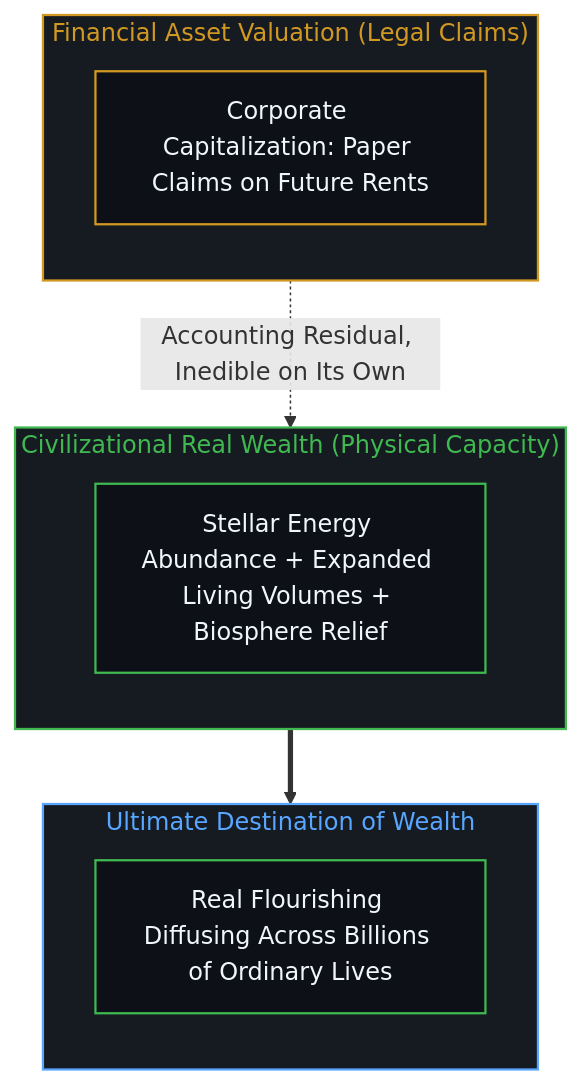
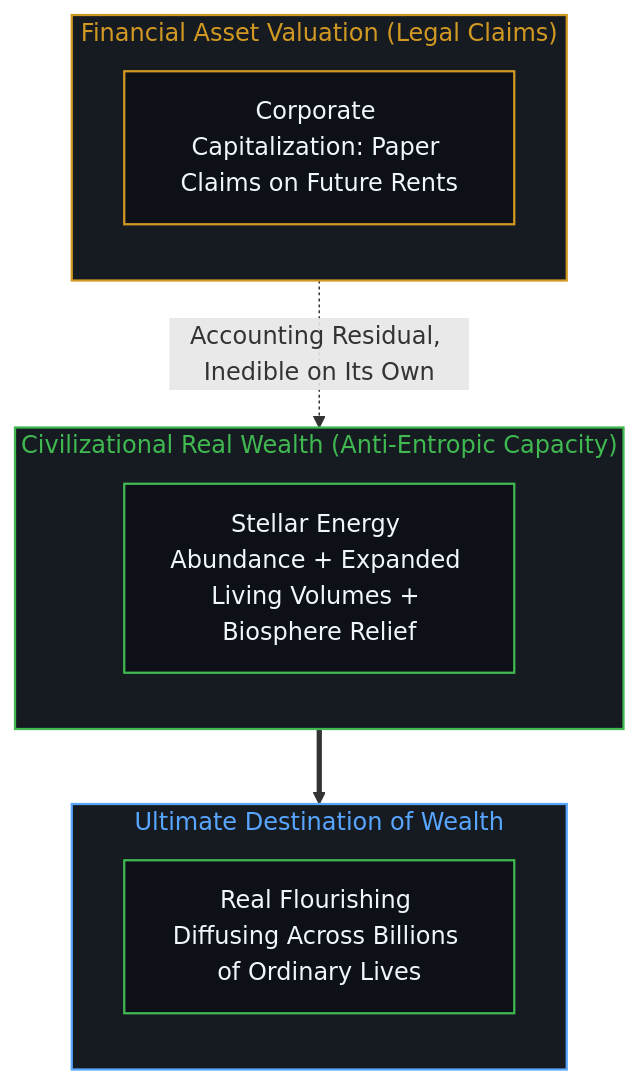
One commit to powerpig99/not-a-toe changed diagram 14 of 14 in content/posts/beyond-the-hundred-trillion-horizon.md. Above: the diagram before and after it, drawn with Mermaid. The commit also changed other lines of this file and 4 other files, not shown here.

````diff
--- a/content/posts/beyond-the-hundred-trillion-horizon.md
+++ b/content/posts/beyond-the-hundred-trillion-horizon.md
@@ -556,30 +556,30 @@
 ```mermaid
 flowchart TD
     classDef default fill:#0d1117,stroke:#30363d,stroke-width:1px,color:#f0f6fc;
     classDef mind fill:#0d1117,stroke:#3fb950,stroke-width:1.5px,color:#f0f6fc;
     classDef warn fill:#0d1117,stroke:#d29922,stroke-width:1.5px,color:#f0f6fc;
     classDef fail fill:#0d1117,stroke:#f85149,stroke-width:1.5px,color:#f0f6fc;
     classDef model fill:#0d1117,stroke:#58a6ff,stroke-width:1.5px,color:#f0f6fc;
 
     subgraph S_FINANCE_EN ["Financial Asset Valuation (Legal Claims)"]
         direction TB
         EQUITY["Corporate Capitalization: Paper Claims on Future Rents"]:::warn
     end
 
-    subgraph S_REAL_EN ["Civilizational Real Wealth (Physical Capacity)"]
+    subgraph S_REAL_EN ["Civilizational Real Wealth (Anti-Entropic Capacity)"]
         direction TB
         WEALTH["Stellar Energy Abundance + Expanded Living Volumes + Biosphere Relief"]:::mind
     end
 
     subgraph S_DESTINY_EN ["Ultimate Destination of Wealth"]
         direction TB
         CIVILIZATION["Real Flourishing Diffusing Across Billions of Ordinary Lives"]:::mind
     end
 
     S_FINANCE_EN -.->|"Accounting Residual, Inedible on Its Own"| S_REAL_EN
     S_REAL_EN ==> S_DESTINY_EN
 
     style S_FINANCE_EN fill:#161b22,stroke:#d29922,stroke-width:1.5px,color:#d29922
     style S_REAL_EN fill:#161b22,stroke:#3fb950,stroke-width:1.5px,color:#3fb950
     style S_DESTINY_EN fill:#161b22,stroke:#58a6ff,stroke-width:1.5px,color:#58a6ff
 ```
````
